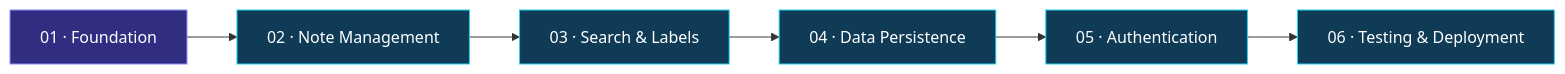
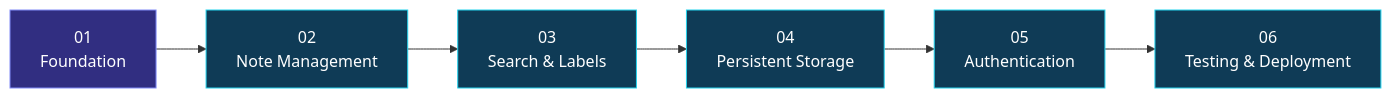
One commit to maahii-in/first-pratice-2021 changed the third of 3 diagrams in README.md. Above: the diagram before and after it, drawn with Mermaid. The commit also changed other lines of this file, not shown here.

````diff
--- a/README.md
+++ b/README.md
@@ -625,14 +678,14 @@
 ```mermaid
 flowchart LR
-    A["01 · Foundation"] --> B["02 · Note Management"]
-    B --> C["03 · Search & Labels"]
-    C --> D["04 · Data Persistence"]
-    D --> E["05 · Authentication"]
-    E --> F["06 · Testing & Deployment"]
+    A["01<br/>Foundation"] --> B["02<br/>Note Management"]
+    B --> C["03<br/>Search & Labels"]
+    C --> D["04<br/>Persistent Storage"]
+    D --> E["05<br/>Authentication"]
+    E --> F["06<br/>Testing & Deployment"]
 
-    classDef start fill:#312E81,stroke:#818CF8,color:#FFFFFF
+    classDef first fill:#312E81,stroke:#818CF8,color:#FFFFFF
     classDef future fill:#0F3B56,stroke:#22D3EE,color:#FFFFFF
 
-    class A start
+    class A first
     class B,C,D,E,F future
 ```
````
